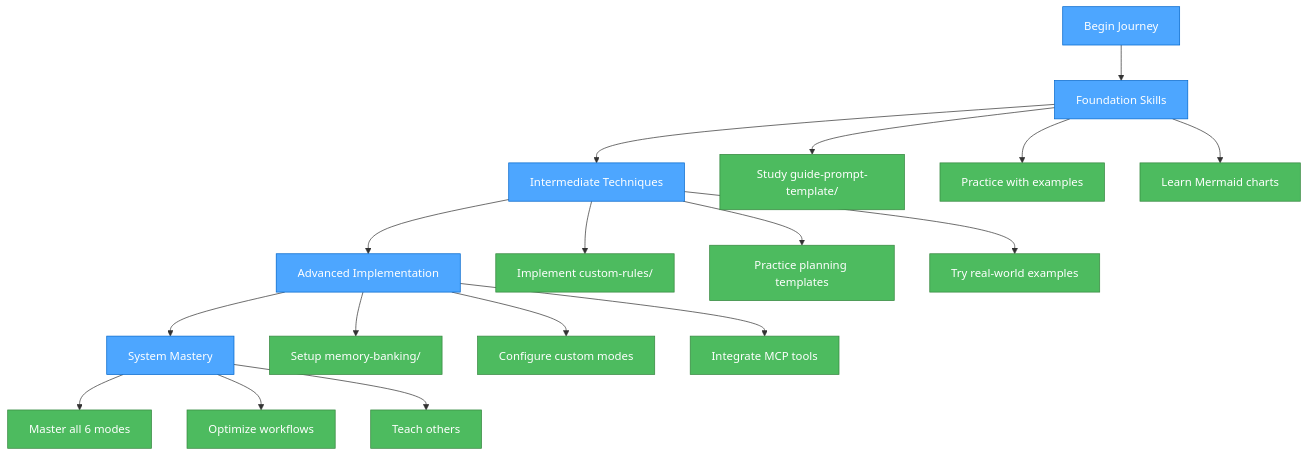
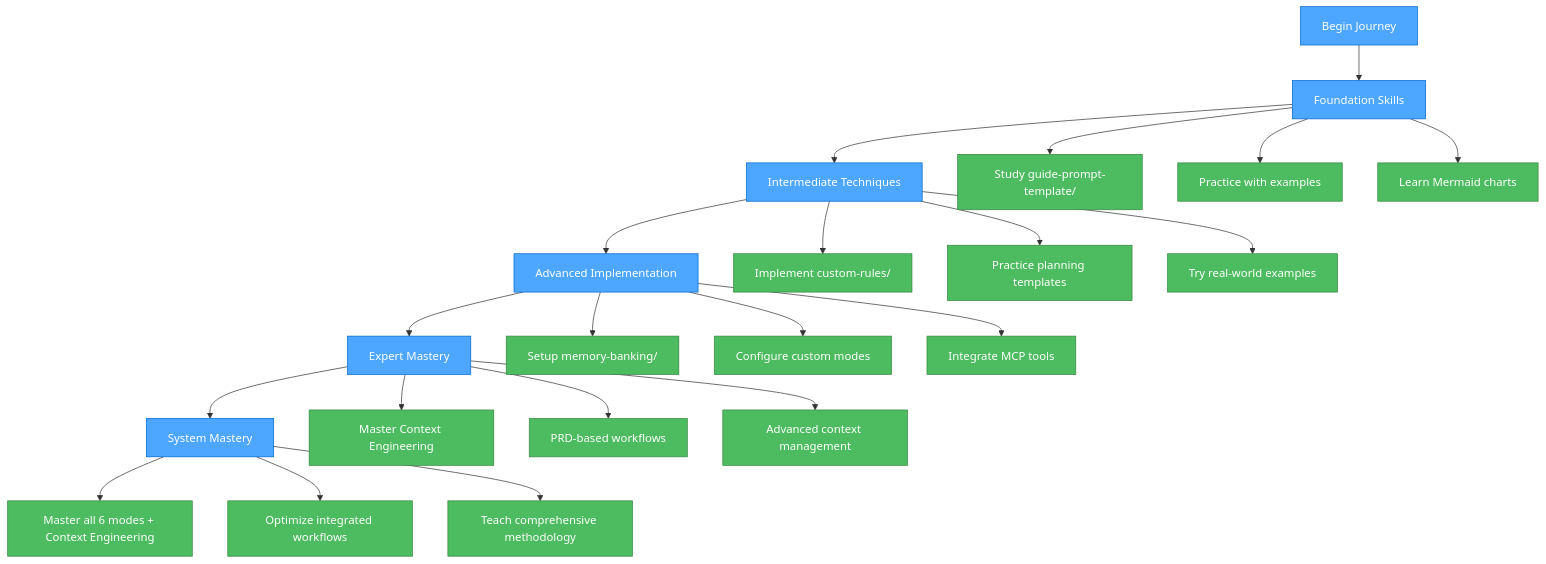
One commit to giang6283623/cursor-tip changed the tenth of 10 diagrams in README.md. Above: the diagram before and after it, drawn with Mermaid. The commit also changed other lines of this file and 4 other files, not shown here.

````diff
--- a/README.md
+++ b/README.md
@@ -376,29 +439,34 @@
 ```mermaid
 graph TD
     Begin[Begin Journey] --> Foundation[Foundation Skills]
     Foundation --> Intermediate[Intermediate Techniques]
     Intermediate --> Advanced[Advanced Implementation]
-    Advanced --> Mastery[System Mastery]
+    Advanced --> Expert[Expert Mastery]
+    Expert --> Mastery[System Mastery]
 
     Foundation --> F1[Study guide-prompt-template/]
     Foundation --> F2[Practice with examples]
     Foundation --> F3[Learn Mermaid charts]
 
     Intermediate --> I1[Implement custom-rules/]
     Intermediate --> I2[Practice planning templates]
     Intermediate --> I3[Try real-world examples]
 
     Advanced --> A1[Setup memory-banking/]
     Advanced --> A2[Configure custom modes]
     Advanced --> A3[Integrate MCP tools]
 
-    Mastery --> M1[Master all 6 modes]
-    Mastery --> M2[Optimize workflows]
-    Mastery --> M3[Teach others]
+    Expert --> E1[Master Context Engineering]
+    Expert --> E2[PRD-based workflows]
+    Expert --> E3[Advanced context management]
+
+    Mastery --> M1[Master all 6 modes + Context Engineering]
+    Mastery --> M2[Optimize integrated workflows]
+    Mastery --> M3[Teach comprehensive methodology]
 
     classDef phase fill:#4da6ff,stroke:#0066cc,color:white
     classDef task fill:#4dbb5f,stroke:#36873f,color:white
 
-    class Begin,Foundation,Intermediate,Advanced,Mastery phase
-    class F1,F2,F3,I1,I2,I3,A1,A2,A3,M1,M2,M3 task
+    class Begin,Foundation,Intermediate,Advanced,Expert,Mastery phase
+    class F1,F2,F3,I1,I2,I3,A1,A2,A3,E1,E2,E3,M1,M2,M3 task
 ```
````
